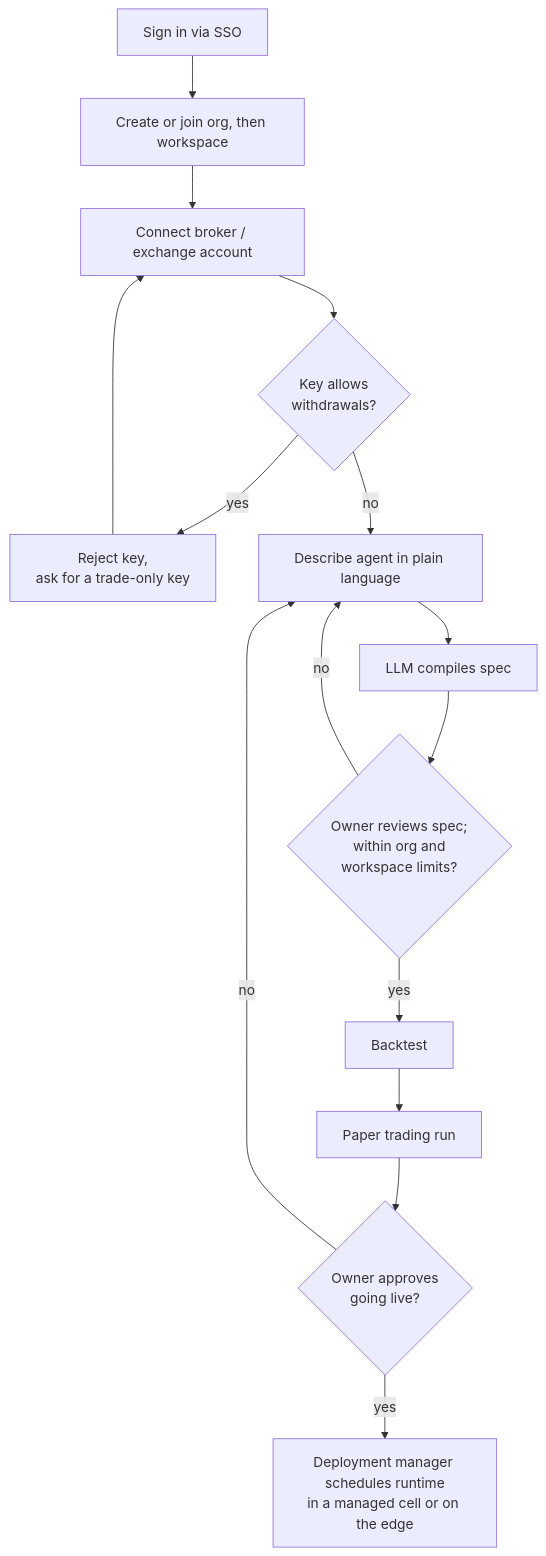
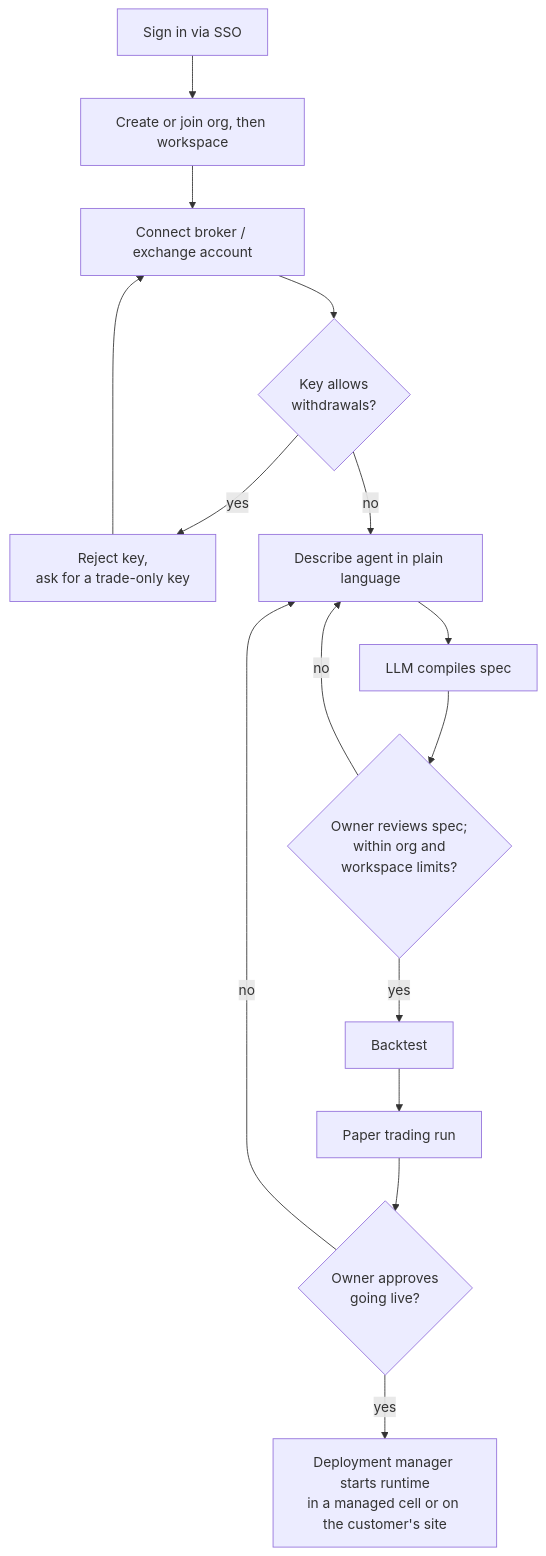
One commit to kunwarshivam/mandate changed the seventh of 10 diagrams in docs/HLD.md. Above: the diagram before and after it, drawn with Mermaid. The commit also changed other lines of this file, not shown here.

Commit message:
HLD: thin global control plane, three deployment modes, private approval flow

````diff
--- a/docs/HLD.md
+++ b/docs/HLD.md
@@ -341,17 +406,17 @@
 ```mermaid
 flowchart TD
     sso["Sign in via SSO"] --> ws["Create or join org, then workspace"]
     ws --> connect["Connect broker / exchange account"]
     connect --> check{"Key allows<br/>withdrawals?"}
     check -->|yes| reject["Reject key,<br/>ask for a trade-only key"]
     reject --> connect
     check -->|no| describe["Describe agent in plain language"]
     describe --> compile["LLM compiles spec"]
     compile --> review{"Owner reviews spec;<br/>within org and<br/>workspace limits?"}
     review -->|no| describe
     review -->|yes| bt["Backtest"]
     bt --> paper["Paper trading run"]
     paper --> approve{"Owner approves<br/>going live?"}
     approve -->|no| describe
-    approve -->|yes| deploy["Deployment manager schedules runtime<br/>in a managed cell or on the edge"]
+    approve -->|yes| deploy["Deployment manager starts runtime<br/>in a managed cell or on the customer's site"]
 ```
````
